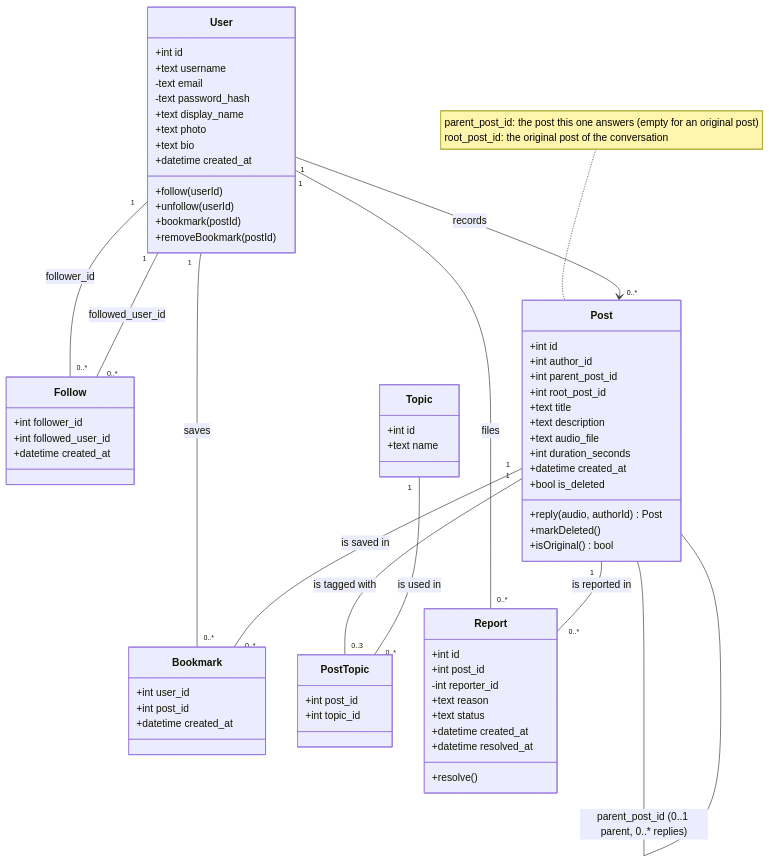
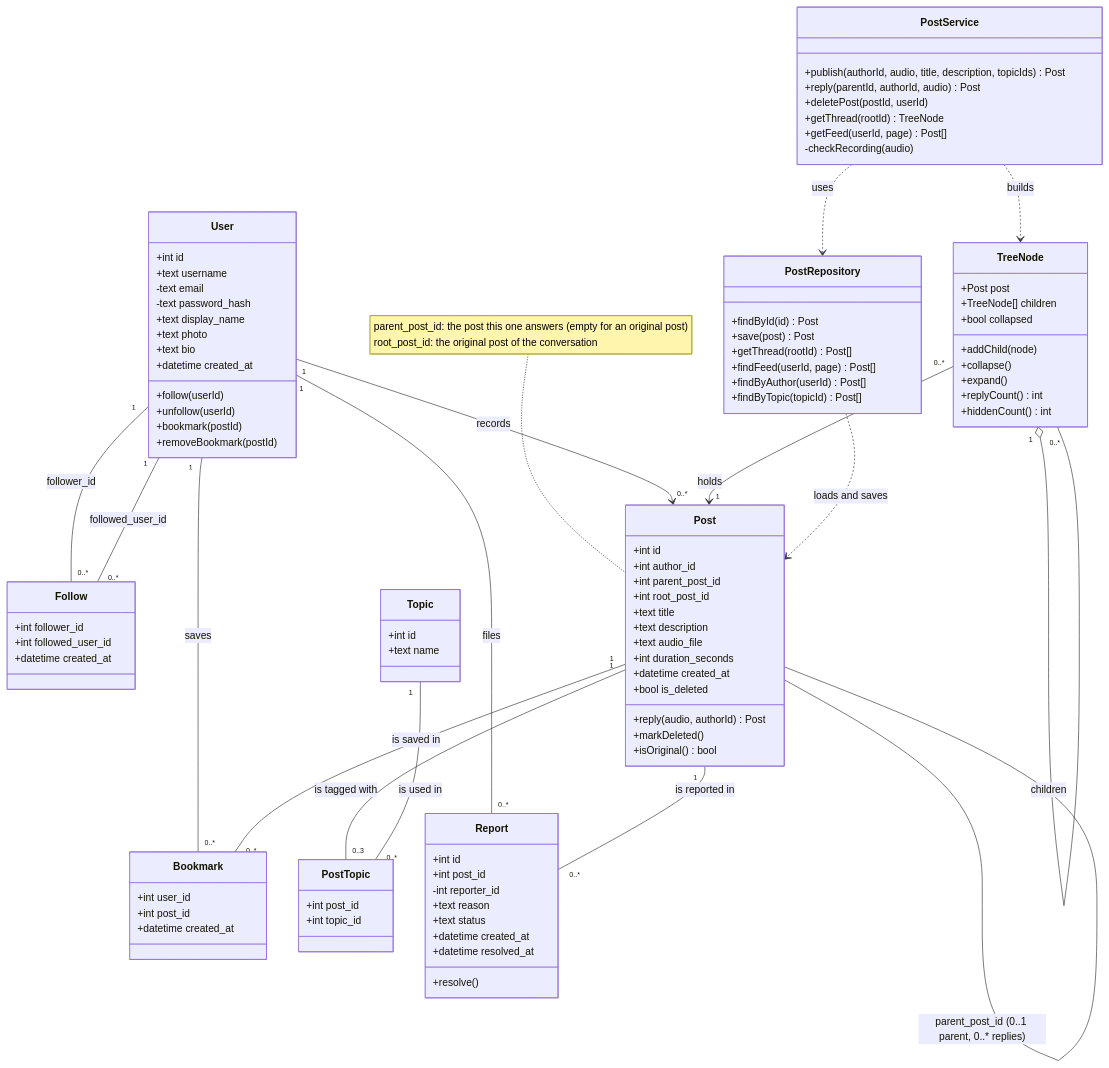
One commit to alafwaj/VoiceThread changed the diagram in docs/uml/class.md. Above: the diagram before and after it, drawn with Mermaid. The commit also changed other lines of this file, not shown here.

Commit message:
docs(uml): add PostRepository and TreeNode

````diff
--- a/docs/uml/class.md
+++ b/docs/uml/class.md
@@ -77,6 +77,35 @@
         +resolve()
     }
 
+    class TreeNode {
+        +Post post
+        +TreeNode[] children
+        +bool collapsed
+        +addChild(node)
+        +collapse()
+        +expand()
+        +replyCount() int
+        +hiddenCount() int
+    }
+
+    class PostService {
+        +publish(authorId, audio, title, description, topicIds) Post
+        +reply(parentId, authorId, audio) Post
+        +deletePost(postId, userId)
+        +getThread(rootId) TreeNode
+        +getFeed(userId, page) Post[]
+        -checkRecording(audio)
+    }
+
+    class PostRepository {
+        +findById(id) Post
+        +save(post) Post
+        +getThread(rootId) Post[]
+        +findFeed(userId, page) Post[]
+        +findByAuthor(userId) Post[]
+        +findByTopic(topicId) Post[]
+    }
+
     User "1" -- "0..*" Follow : follower_id
     User "1" -- "0..*" Follow : followed_user_id
     User "1" --> "0..*" Post : records
@@ -87,6 +116,11 @@
     Topic "1" -- "0..*" PostTopic : is used in
     User "1" -- "0..*" Report : files
     Post "1" -- "0..*" Report : is reported in
+    TreeNode "0..*" --> "1" Post : holds
+    TreeNode "1" o-- "0..*" TreeNode : children
+    PostService ..> PostRepository : uses
+    PostService ..> TreeNode : builds
+    PostRepository ..> Post : loads and saves
 
     note for Post "parent_post_id: the post this one answers (empty for an original post)<br>root_post_id: the original post of the conversation"
 ```
````
